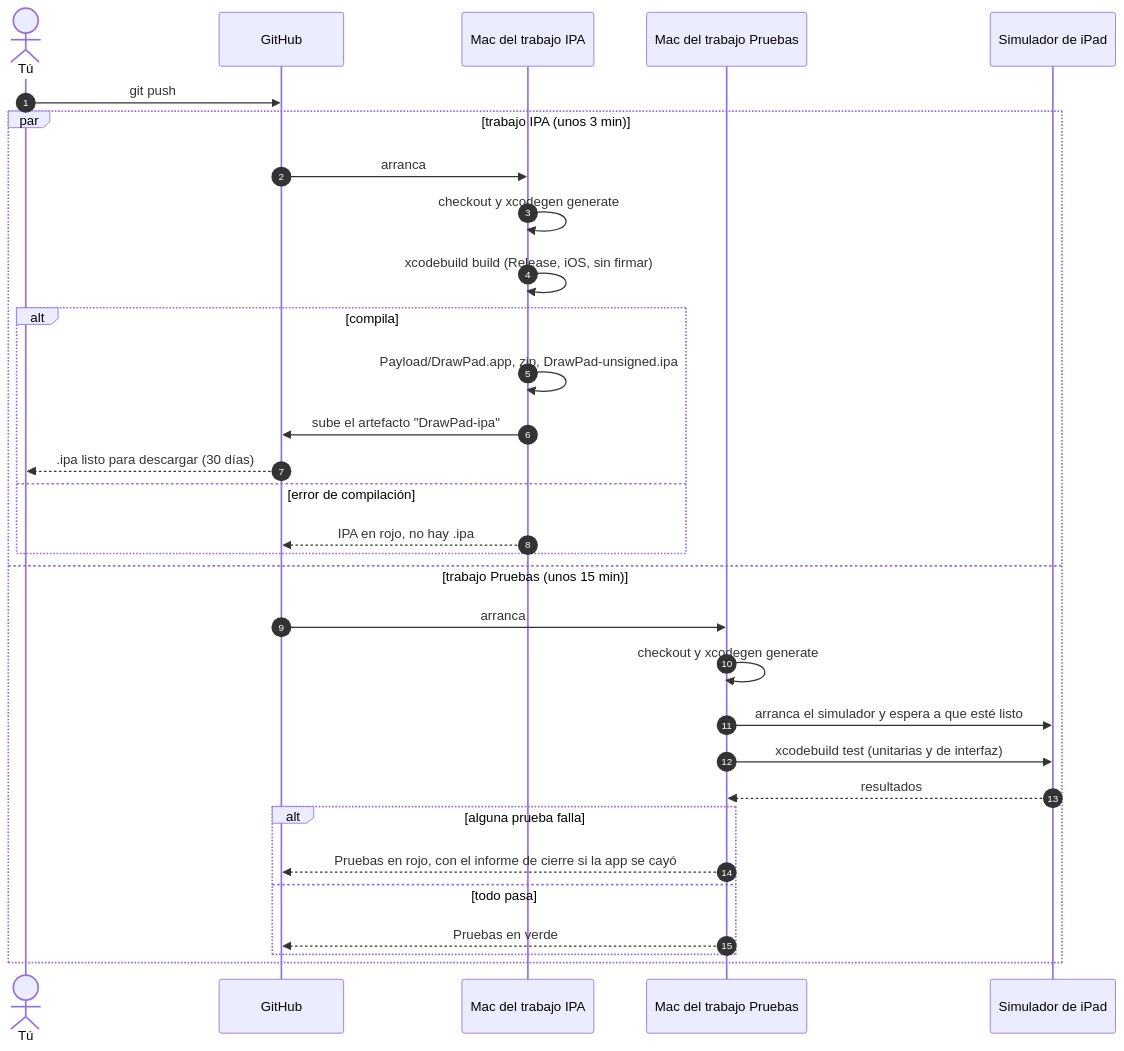
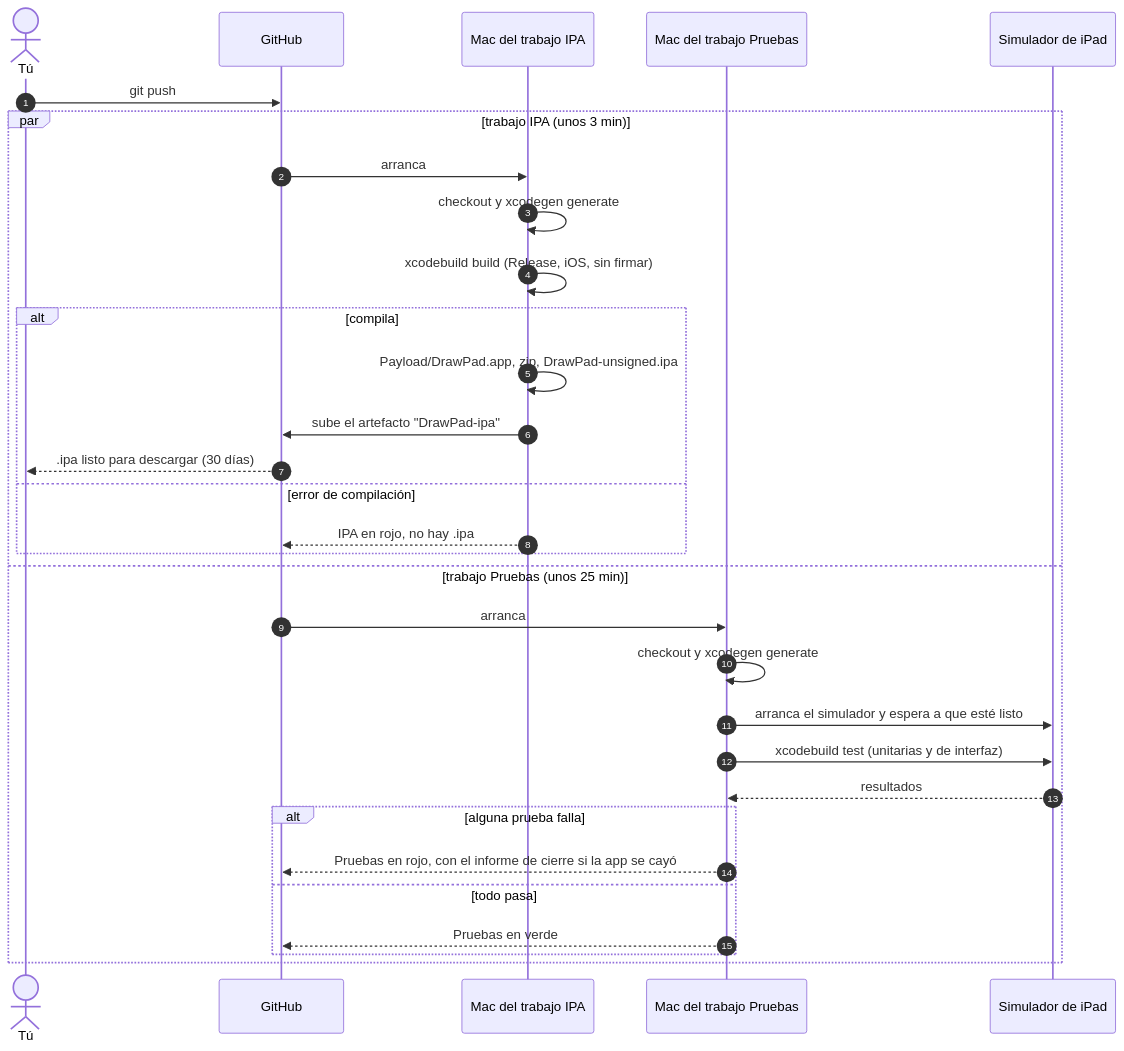
The second of 3 diagrams in docs/compilacion-e-instalacion.md (jhonjairo6230/DrawPad), drawn with Mermaid before and after one commit. The commit also changed other lines of this file and 6 other files, not shown here.

````diff
--- a/docs/compilacion-e-instalacion.md
+++ b/docs/compilacion-e-instalacion.md
@@ -35,34 +35,34 @@
 ```mermaid
 sequenceDiagram
     autonumber
     actor Dev as Tú
     participant GH as GitHub
     participant M1 as Mac del trabajo IPA
     participant M2 as Mac del trabajo Pruebas
     participant Sim as Simulador de iPad
 
     Dev->>GH: git push
     par trabajo IPA (unos 3 min)
         GH->>M1: arranca
         M1->>M1: checkout y xcodegen generate
         M1->>M1: xcodebuild build (Release, iOS, sin firmar)
         alt compila
             M1->>M1: Payload/DrawPad.app, zip, DrawPad-unsigned.ipa
             M1->>GH: sube el artefacto "DrawPad-ipa"
             GH-->>Dev: .ipa listo para descargar (30 días)
         else error de compilación
             M1-->>GH: IPA en rojo, no hay .ipa
         end
-    and trabajo Pruebas (unos 15 min)
+    and trabajo Pruebas (unos 25 min)
         GH->>M2: arranca
         M2->>M2: checkout y xcodegen generate
         M2->>Sim: arranca el simulador y espera a que esté listo
         M2->>Sim: xcodebuild test (unitarias y de interfaz)
         Sim-->>M2: resultados
         alt alguna prueba falla
             M2-->>GH: Pruebas en rojo, con el informe de cierre si la app se cayó
         else todo pasa
             M2-->>GH: Pruebas en verde
         end
     end
 ```
````
